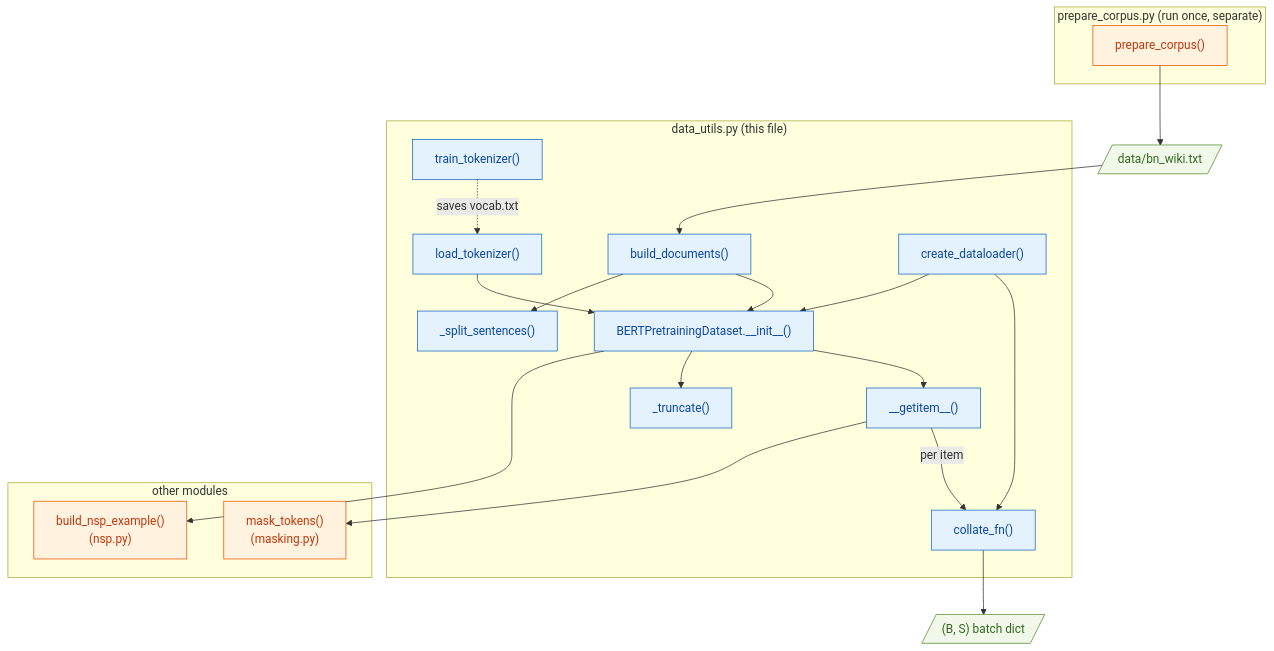
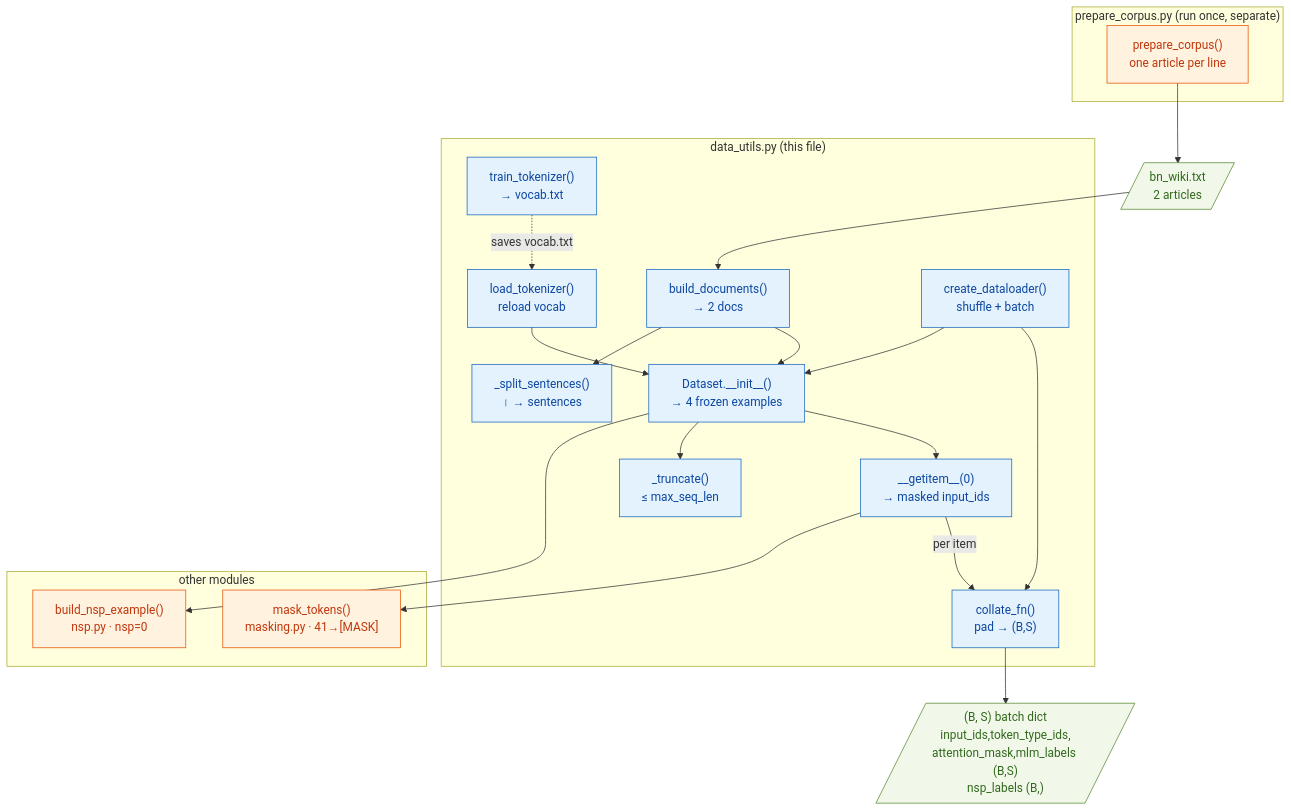
One commit to SamyamoyRakshit/papers-from-scratch changed the diagram in BERT/docs/utils/data_utils.md. Above: the diagram before and after it, drawn with Mermaid. The commit also changed other lines of this file, not shown here.

Commit message:
Enhance data_utils documentation with detailed function outputs and example corpus

````diff
--- a/BERT/docs/utils/data_utils.md
+++ b/BERT/docs/utils/data_utils.md
@@ -51,48 +55,48 @@
 ```mermaid
 flowchart TD
     subgraph prep["prepare_corpus.py (run once, separate)"]
-        PC["prepare_corpus()"]
+        PC["prepare_corpus()<br/>one article per line"]
     end
-    TXT[/"data/bn_wiki.txt"/]
+    TXT[/"bn_wiki.txt<br/>2 articles"/]
     PC --> TXT
 
     subgraph du["data_utils.py (this file)"]
-        TT["train_tokenizer()"]
-        LT["load_tokenizer()"]
-        BD["build_documents()"]
-        SS["_split_sentences()"]
-        DS["BERTPretrainingDataset.__init__()"]
-        TR["_truncate()"]
-        GI["__getitem__()"]
-        CF["collate_fn()"]
-        CD["create_dataloader()"]
+        TT["train_tokenizer()<br/>→ vocab.txt"]
+        LT["load_tokenizer()<br/>reload vocab"]
+        BD["build_documents()<br/>→ 2 docs"]
+        SS["_split_sentences()<br/>। → sentences"]
+        DS["Dataset.__init__()<br/>→ 4 frozen examples"]
+        TR["_truncate()<br/>≤ max_seq_len"]
+        GI["__getitem__(0)<br/>→ masked input_ids"]
+        CF["collate_fn()<br/>pad → (B,S)"]
+        CD["create_dataloader()<br/>shuffle + batch"]
     end
 
     subgraph ext["other modules"]
-        NSP["build_nsp_example()<br/>(nsp.py)"]
-        MSK["mask_tokens()<br/>(masking.py)"]
+        NSP["build_nsp_example()<br/>nsp.py · nsp=0"]
+        MSK["mask_tokens()<br/>masking.py · 41→[MASK]"]
     end
 
     TXT --> BD
     TT -. "saves vocab.txt" .-> LT
     LT --> DS
     BD --> SS
     BD --> DS
 
     CD --> DS
     CD --> CF
     DS --> NSP
     DS --> TR
     DS --> GI
     GI --> MSK
 
     GI -- "per item" --> CF
-    CF --> BATCH[/"(B, S) batch dict"/]
+    CF --> BATCH[/"(B, S) batch dict<br/>input_ids,token_type_ids,<br/>attention_mask,mlm_labels (B,S)<br/>nsp_labels (B,)"/]
 
     classDef this fill:#e3f2fd,stroke:#1565c0,color:#0d47a1;
     classDef other fill:#fff3e0,stroke:#e65100,color:#bf360c;
     classDef io fill:#f1f8e9,stroke:#558b2f,color:#33691e;
     class TT,LT,BD,SS,DS,TR,GI,CF,CD this;
     class NSP,MSK,PC other;
     class TXT,BATCH io;
 ```
````
